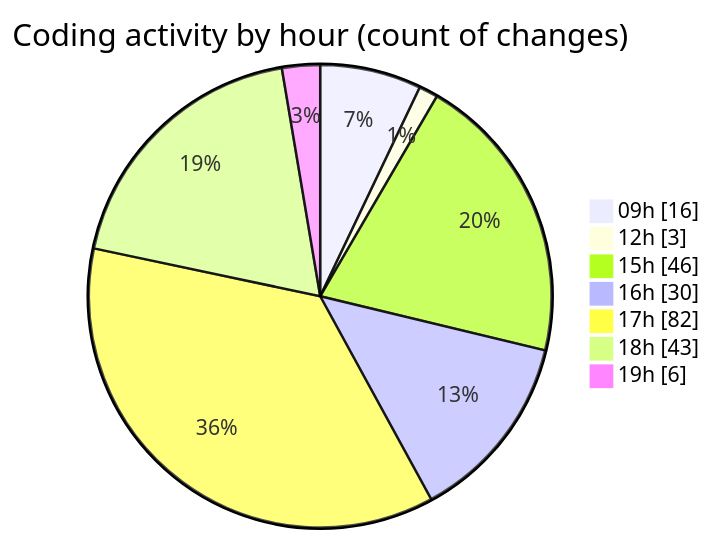
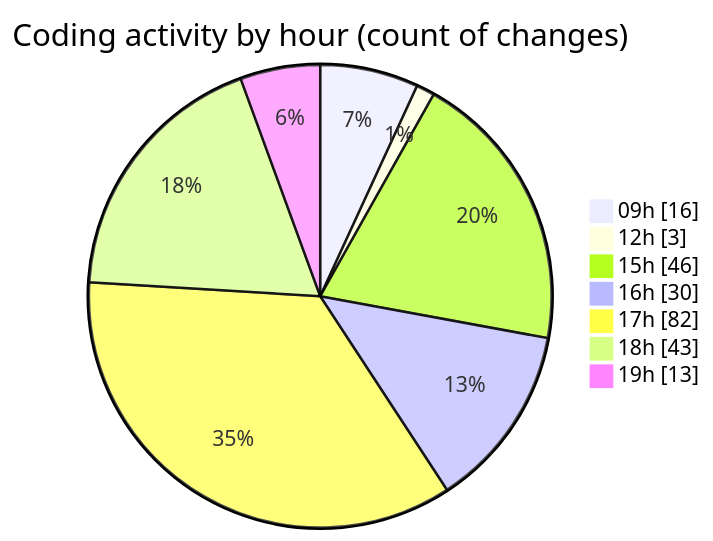
Before and after one commit to momahboobian/code-tracking: the second of 2 diagrams in 2025-07-08/cda/README.md, drawn with Mermaid. The commit also changed other lines of this file and 1 other file, not shown here.

````diff
--- a/2025-07-08/cda/README.md
+++ b/2025-07-08/cda/README.md
@@ -59,11 +61,11 @@
 ```mermaid
 pie showData
 title Coding activity by hour (count of changes)
 "09h" : 16
 "12h" : 3
 "15h" : 46
 "16h" : 30
 "17h" : 82
 "18h" : 43
-"19h" : 6
+"19h" : 13
 ```
````
